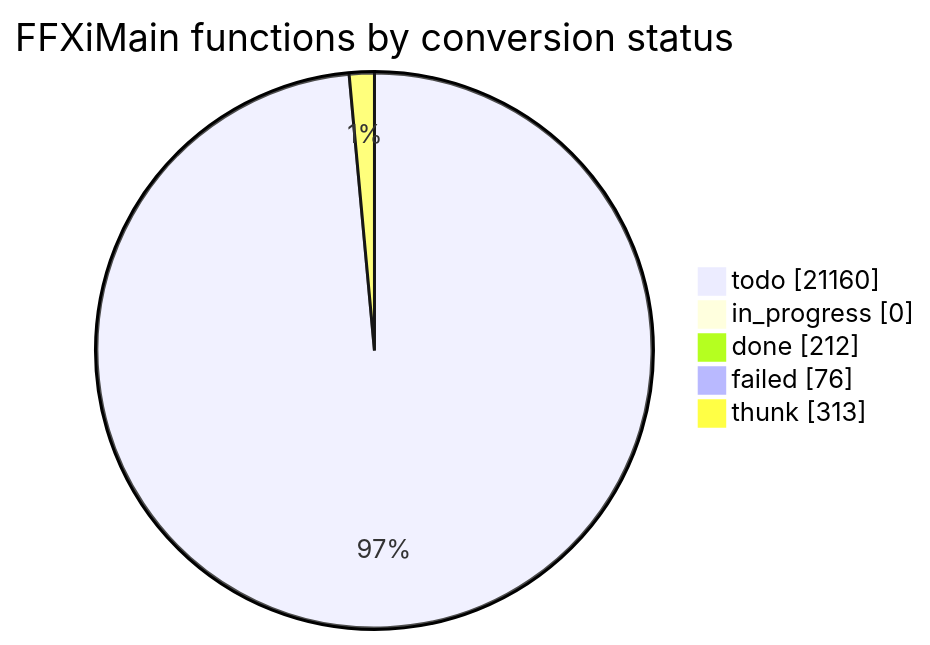
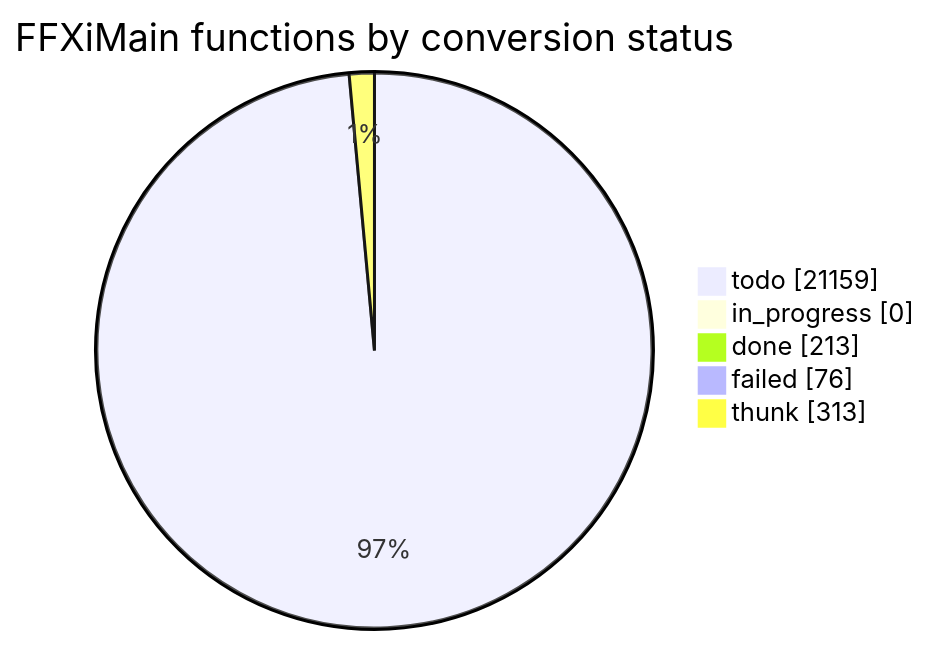
The diagram in docs/cow/STATUS.md (cowrevenge/cow_kuluu_xi_anything), drawn with Mermaid before and after one commit. The commit also changed other lines of this file and 9 other files, not shown here.

````diff
--- a/docs/cow/STATUS.md
+++ b/docs/cow/STATUS.md
@@ -18,9 +18,9 @@
 ```mermaid
 pie showData
     title FFXiMain functions by conversion status
-    "todo" : 21160
+    "todo" : 21159
     "in_progress" : 0
-    "done" : 212
+    "done" : 213
     "failed" : 76
     "thunk" : 313
 ```
````
